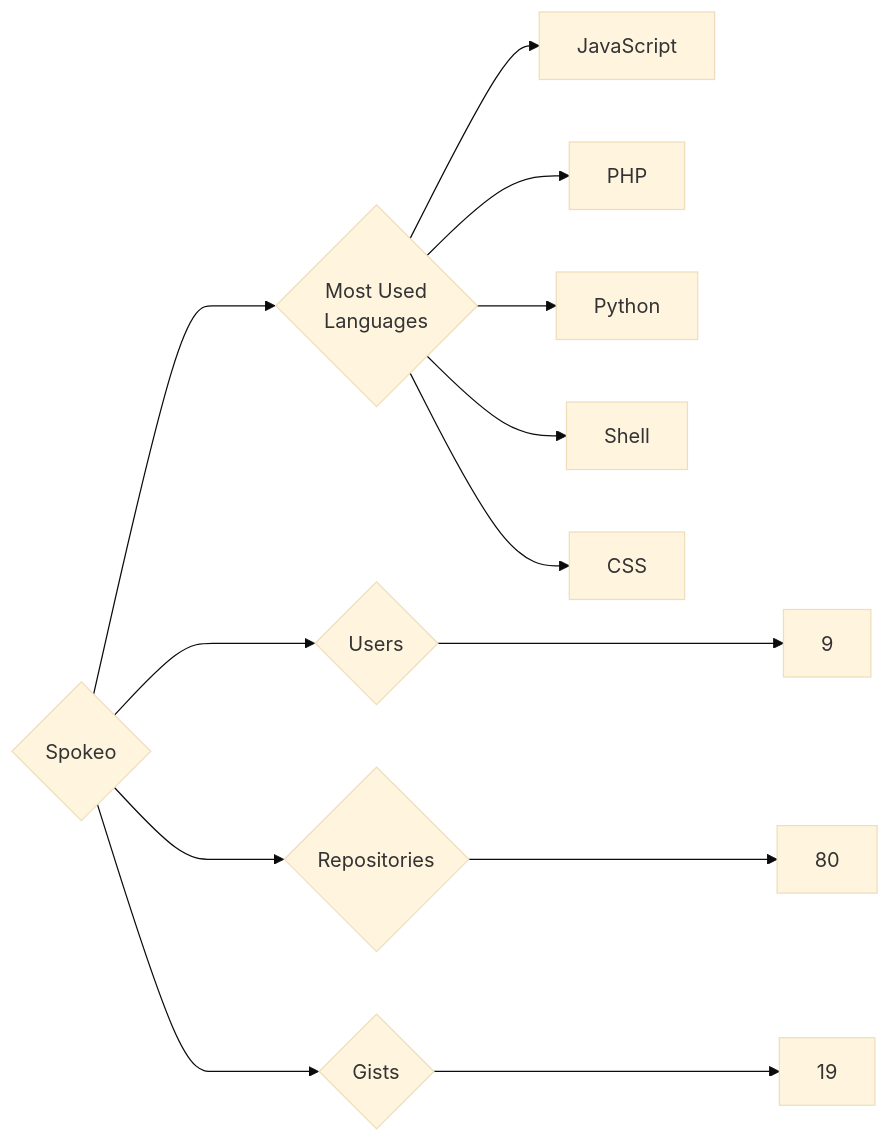
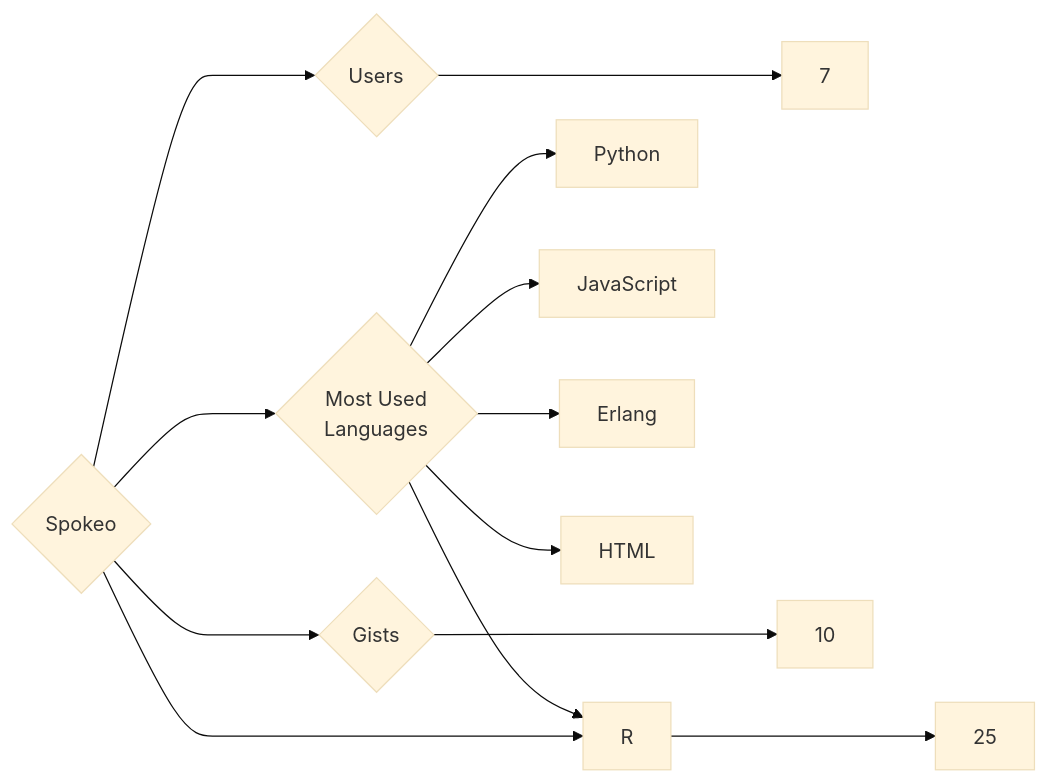
The diagram in targets/Spokeo/README.md (trickest/insiders), drawn with Mermaid (base theme) before and after one commit. The commit also changed 796 other files, not shown here.

````diff
--- a/targets/Spokeo/README.md
+++ b/targets/Spokeo/README.md
@@ -3,13 +3,13 @@
 ```mermaid
 graph LR
 COMPANY_NAME{Spokeo}
-COMPANY_NAME ---> U{Users} ---> UN[9]
-COMPANY_NAME ---> R{Repositories} ---> RN[80]
-COMPANY_NAME ---> G{Gists} ---> GN[19]
+COMPANY_NAME ---> U{Users} ---> UN[7]
+COMPANY_NAME ---> R{Repositories} ---> RN[25]
+COMPANY_NAME ---> G{Gists} ---> GN[10]
 COMPANY_NAME ---> ML{Most Used<br>Languages}
+ML --> Python[Python]
 ML --> JavaScript[JavaScript]
-ML --> PHP[PHP]
-ML --> Python[Python]
-ML --> Shell[Shell]
-ML --> CSS[CSS]
+ML --> Erlang[Erlang]
+ML --> R[R]
+ML --> HTML[HTML]
 ```
````
